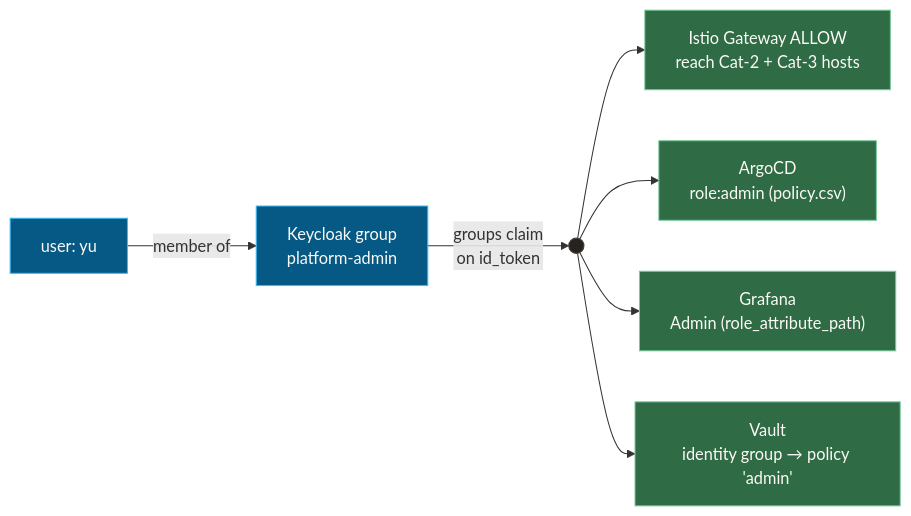
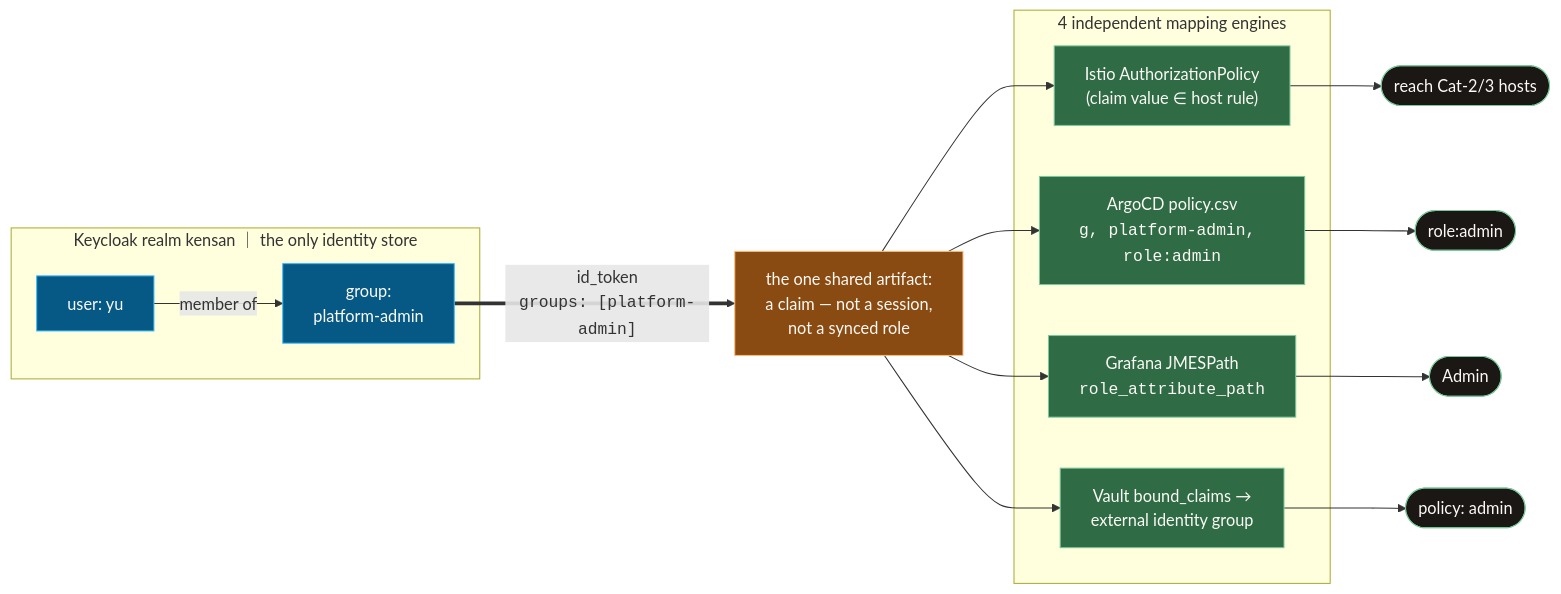
One commit to yu-min3/kensan-lab changed the diagram in docs/auth/identity-model.md. Above: the diagram before and after it, drawn with Mermaid. The commit also changed other lines of this file, not shown here.

Commit message:
docs(auth): identity model の図を『claim マッピング（federation ではない）』の対比構造に刷新

````diff
--- a/docs/auth/identity-model.md
+++ b/docs/auth/identity-model.md
@@ -19,17 +21,31 @@
 ```mermaid
 %%{init: {"flowchart": {"htmlLabels": true}} }%%
 flowchart LR
-    U["user: yu"] -->|member of| G["Keycloak group<br/>platform-admin"]
-    G -->|"groups claim<br/>on id_token"| CLAIM(( ))
+    subgraph KC["Keycloak realm kensan ｜ the only identity store"]
+        U["user: yu"] -->|member of| G["group:<br/>platform-admin"]
+    end
 
-    CLAIM --> GW["Istio Gateway ALLOW<br/>reach Cat-2 + Cat-3 hosts"]
-    CLAIM --> ARGO["ArgoCD<br/>role:admin (policy.csv)"]
-    CLAIM --> GRAF["Grafana<br/>Admin (role_attribute_path)"]
-    CLAIM --> VLT["Vault<br/>identity group → policy 'admin'"]
+    G ==>|"id_token<br/><code>groups: [platform-admin]</code>"| CLAIM["the one shared artifact:<br/>a claim — not a session,<br/>not a synced role"]
+
+    subgraph MAP["4 independent mapping engines"]
+        M1["Istio AuthorizationPolicy<br/>(claim value ∈ host rule)"]
+        M2["ArgoCD policy.csv<br/><code>g, platform-admin, role:admin</code>"]
+        M3["Grafana JMESPath<br/><code>role_attribute_path</code>"]
+        M4["Vault bound_claims →<br/>external identity group"]
+    end
+
+    CLAIM --> M1 --> R1(["reach Cat-2/3 hosts"])
+    CLAIM --> M2 --> R2(["role:admin"])
+    CLAIM --> M3 --> R3(["Admin"])
+    CLAIM --> M4 --> R4(["policy: admin"])
 
     classDef default fill:#26221D,stroke:#4A4232,color:#FCFAF6
     classDef idp fill:#075985,stroke:#38BDF8,color:#FCFAF6
-    classDef app fill:#2F6B45,stroke:#7AC99A,color:#FCFAF6
+    classDef claim fill:#8A4B12,stroke:#FDBA74,color:#FCFAF6
+    classDef eng fill:#2F6B45,stroke:#7AC99A,color:#FCFAF6
+    classDef role fill:#1A1714,stroke:#7AC99A,color:#FCFAF6
     class U,G idp
-    class GW,ARGO,GRAF,VLT app
+    class CLAIM claim
+    class M1,M2,M3,M4 eng
+    class R1,R2,R3,R4 role
 ```
````
